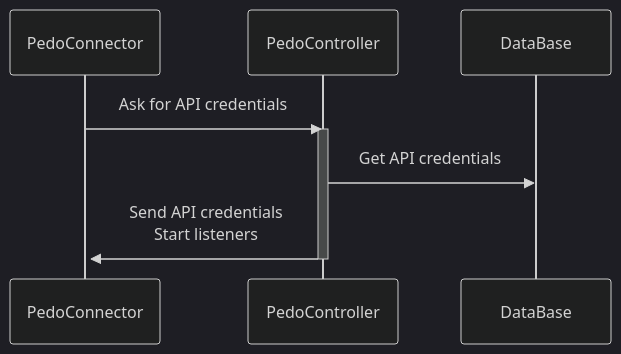
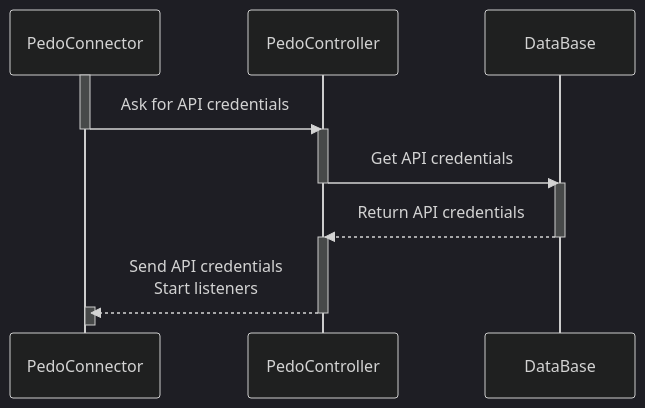
The diagram in README.md (PedoPot/PedoConnecter), drawn with Mermaid (dark theme) before and after one commit.

Commit message:
fix(diagrams): start listeners diagram to match the process

````diff
--- a/README.md
+++ b/README.md
@@ -6,8 +6,17 @@
 ```mermaid
 sequenceDiagram
+    activate PedoConnector
     PedoConnector->>PedoController: Ask for API credentials
+    deactivate PedoConnector
     activate PedoController
     PedoController->>DataBase: Get API credentials
-    PedoController->>+PedoConnector: Send API credentials<br>Start listeners
     deactivate PedoController
+    activate DataBase
+    DataBase-->>PedoController: Return API credentials
+    deactivate DataBase
+    activate PedoController
+    PedoController-->>+PedoConnector: Send API credentials<br>Start listeners
+    deactivate PedoController
+    activate PedoConnector
+    deactivate PedoConnector
 ```
````
